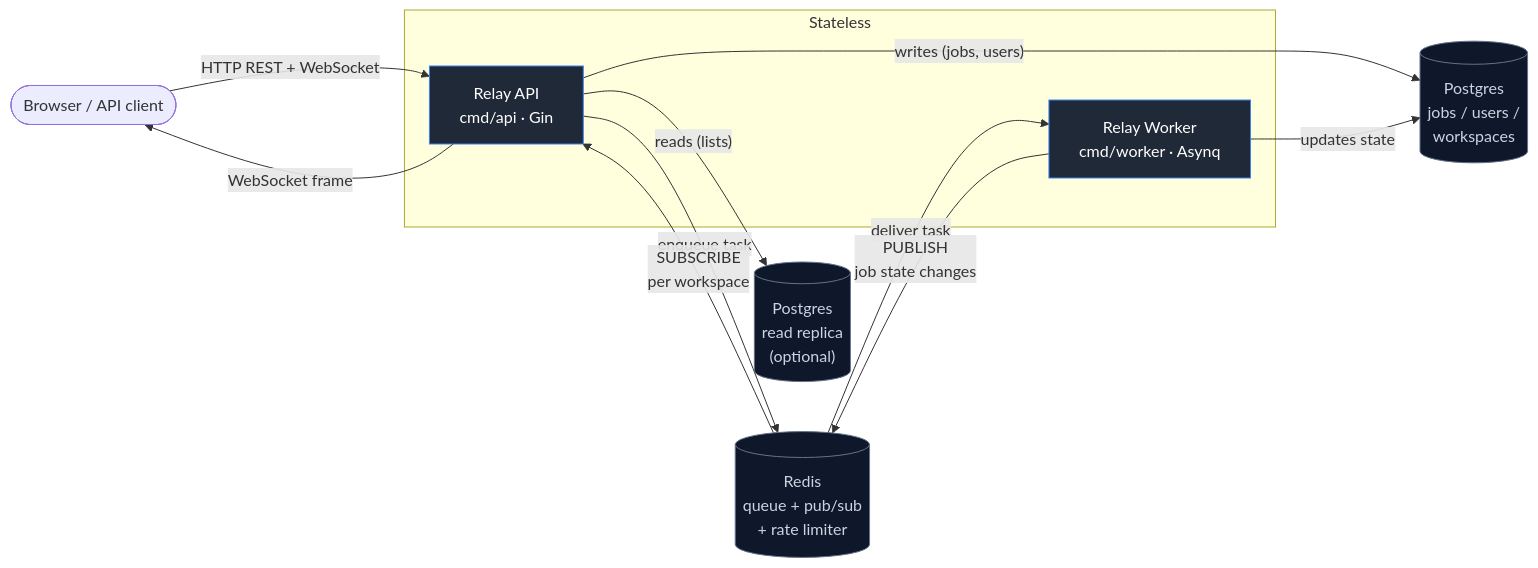
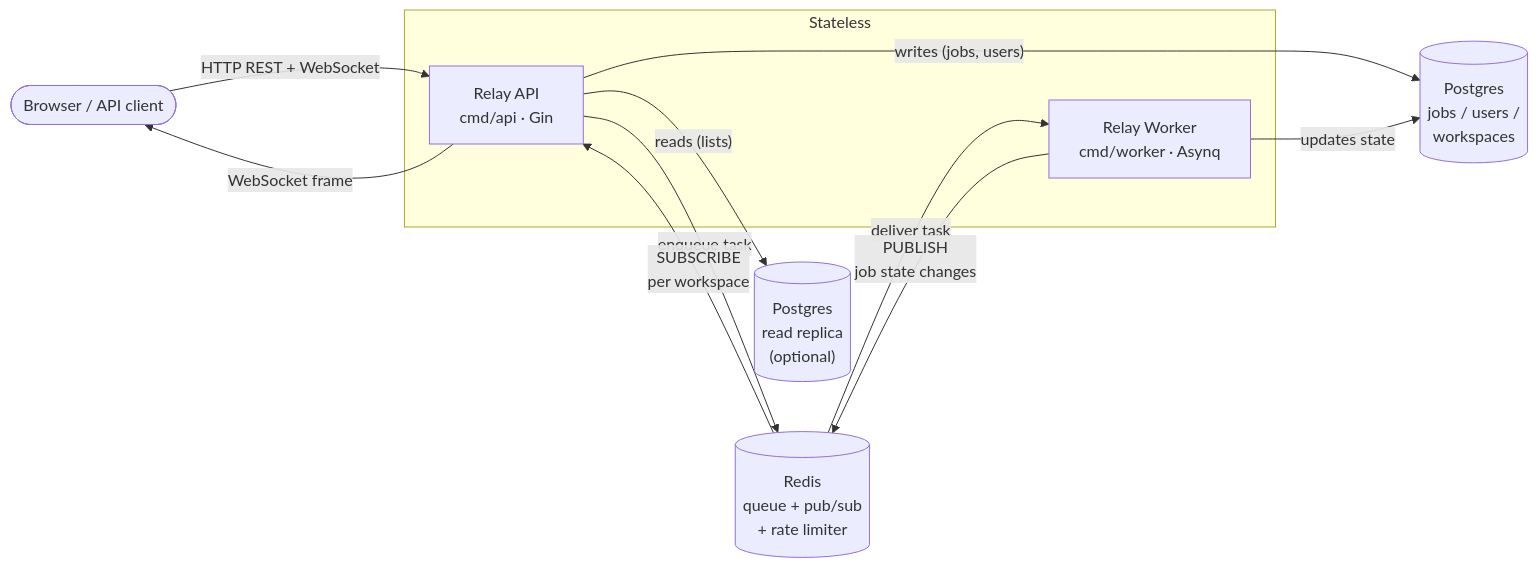
One commit to Adithya-1508/Relay changed the diagram in README.md. Above: the diagram before and after it, drawn with Mermaid. The commit also changed other lines of this file, not shown here.

````diff
--- a/README.md
+++ b/README.md
@@ -15,26 +15,26 @@
 ```mermaid
 flowchart LR
   Client(["Browser / API client"])
   subgraph Stateless
     API["Relay API<br/>cmd/api · Gin"]
     Worker["Relay Worker<br/>cmd/worker · Asynq"]
   end
   Redis[("Redis<br/>queue + pub/sub<br/>+ rate limiter")]
   PG[("Postgres<br/>jobs / users /<br/>workspaces")]
   PGR[("Postgres<br/>read replica<br/>(optional)")]
 
   Client -->|"HTTP REST + WebSocket"| API
   API -->|"writes (jobs, users)"| PG
   API -->|"reads (lists)"| PGR
   API -->|"enqueue task"| Redis
   Redis -->|"deliver task"| Worker
   Worker -->|"updates state"| PG
   Worker -->|"PUBLISH<br/>job state changes"| Redis
   Redis -->|"SUBSCRIBE<br/>per workspace"| API
   API -->|"WebSocket frame"| Client
 
-  classDef stateless fill:#1f2937,stroke:#3b82f6,color:#fff
-  classDef store fill:#0f172a,stroke:#64748b,color:#cbd5e1
+  classDef stateless fill-#1f2937,stroke-#3b82f6,color-#fff
+  classDef store fill-#0f172a,stroke-#64748b,color-#cbd5e1
   class API,Worker stateless
   class Redis,PG,PGR store
 ```
````
